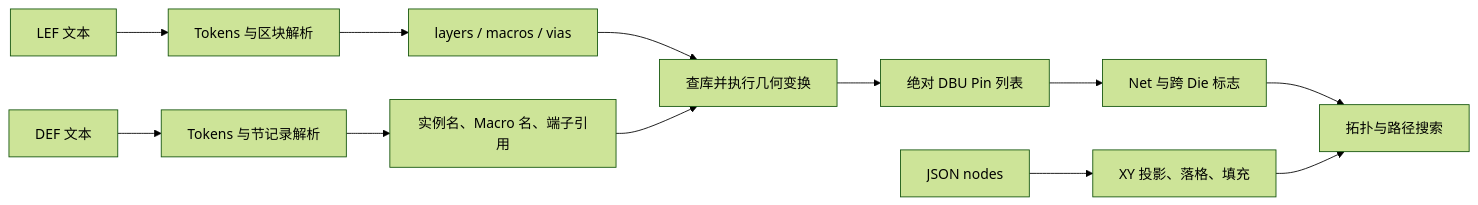
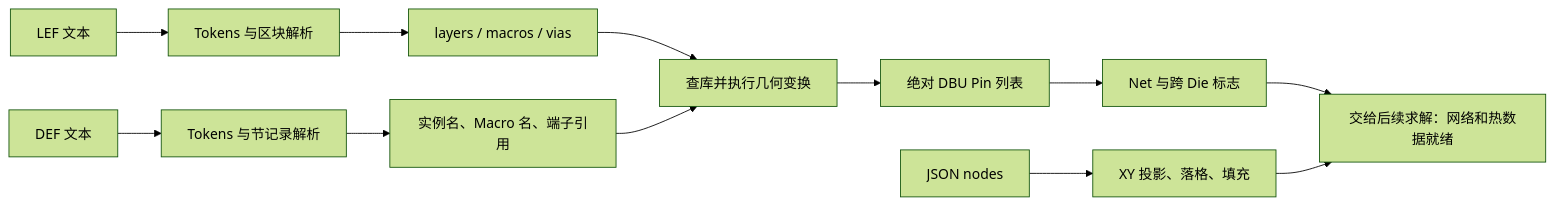
The third of 6 diagrams in 比赛代码逻辑.md (shenghong1130/3DIC-EDA), drawn with Mermaid (forest theme) before and after one commit. The commit also changed other lines of this file and 1 other file, not shown here.

````diff
--- a/比赛代码逻辑.md
+++ b/比赛代码逻辑.md
@@ -227,14 +592,14 @@
 ```mermaid
 flowchart LR
     LIB["LEF 文本"] --> LT["Tokens 与区块解析"]
     LT --> LM["layers / macros / vias"]
     LAYOUT["DEF 文本"] --> DT["Tokens 与节记录解析"]
     DT --> REFS["实例名、Macro 名、端子引用"]
     LM --> RESOLVE["查库并执行几何变换"]
     REFS --> RESOLVE
     RESOLVE --> PINS["绝对 DBU Pin 列表"]
     PINS --> NETS["Net 与跨 Die 标志"]
     TEMP["JSON nodes"] --> PROJECT["XY 投影、落格、填充"]
-    NETS --> ROUTE["拓扑与路径搜索"]
-    PROJECT --> ROUTE
+    NETS --> READY["交给后续求解：网络和热数据就绪"]
+    PROJECT --> READY
 ```
````
